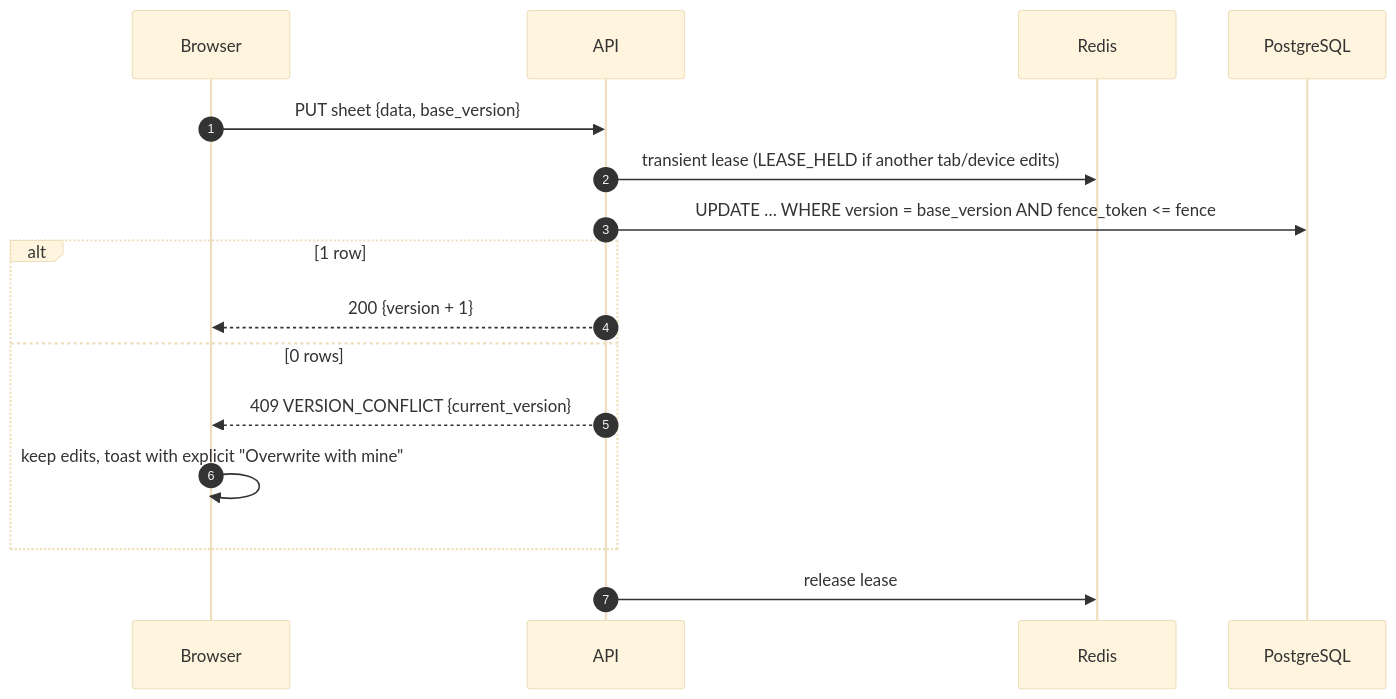
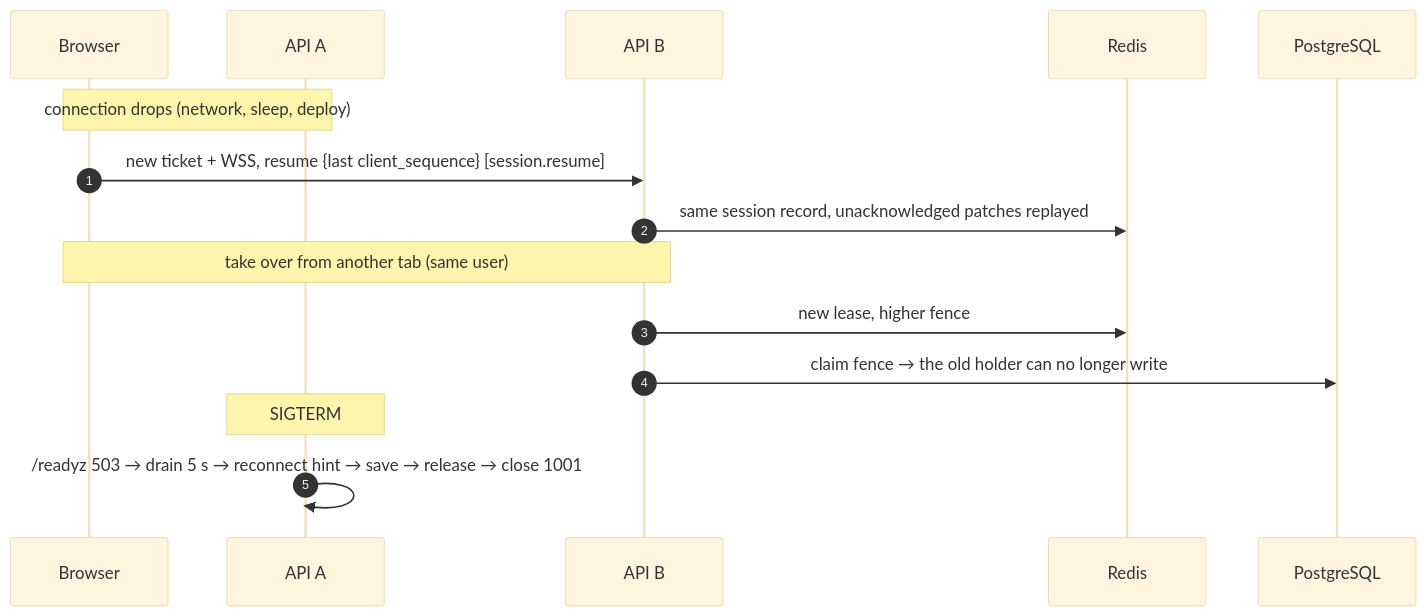
The seventh of 10 diagrams in ARCHITECTURE.md (Animesh-na/NM-Deploy), drawn with Mermaid (base theme) before and after one commit. The commit also changed other lines of this file and 15 other files, not shown here.

````diff
--- a/ARCHITECTURE.md
+++ b/ARCHITECTURE.md
@@ -218,18 +223,17 @@
 ```mermaid
 sequenceDiagram
   autonumber
   participant B as Browser
-  participant API as API
+  participant A as API A
+  participant Bi as API B
   participant R as Redis
   participant PG as PostgreSQL
-  B->>API: PUT sheet {data, base_version}
-  API->>R: transient lease (LEASE_HELD if another tab/device edits)
-  API->>PG: UPDATE … WHERE version = base_version AND fence_token <= fence
-  alt 1 row
-    API-->>B: 200 {version + 1}
-  else 0 rows
-    API-->>B: 409 VERSION_CONFLICT {current_version}
-    B->>B: keep edits, toast with explicit "Overwrite with mine"
-  end
-  API->>R: release lease
+  Note over B,A: connection drops (network, sleep, deploy)
+  B->>Bi: new ticket + WSS, resume {last client_sequence}  [session.resume]
+  Bi->>R: same session record, unacknowledged patches replayed
+  Note over B,Bi: take over from another tab (same user)
+  Bi->>R: new lease, higher fence
+  Bi->>PG: claim fence → the old holder can no longer write
+  Note over A: SIGTERM
+  A->>A: /readyz 503 → drain 5 s → reconnect hint → save → release → close 1001
 ```
````
